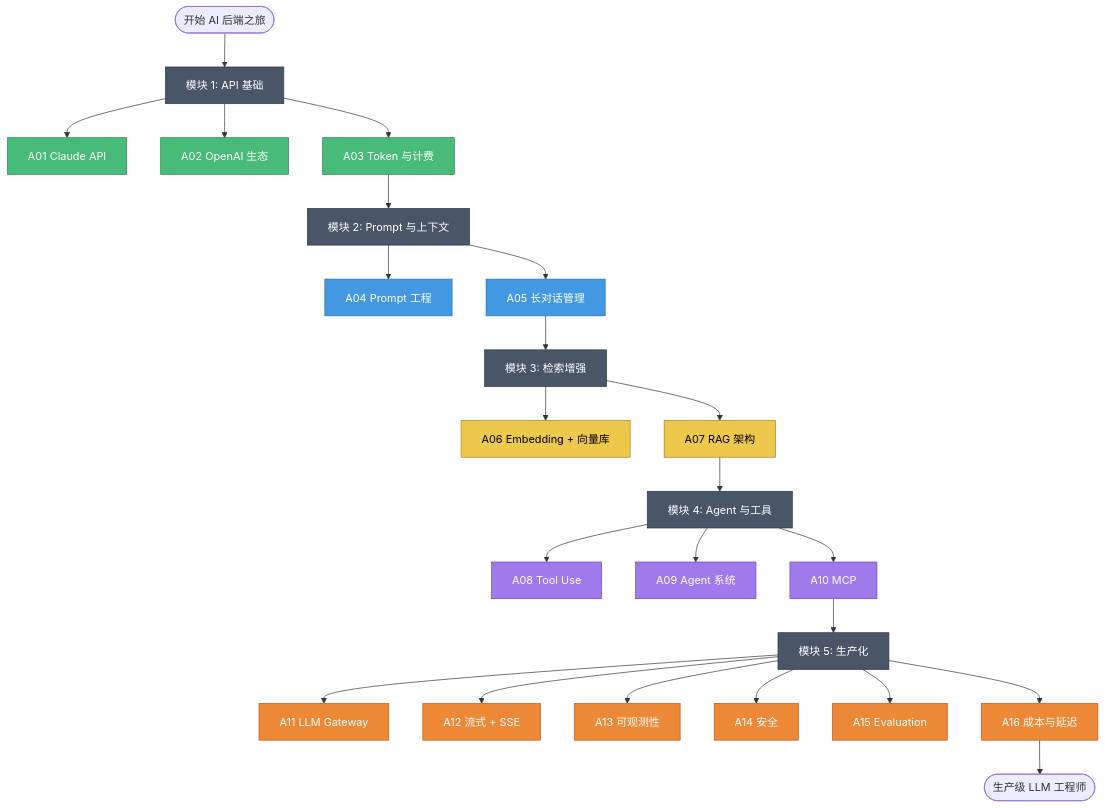
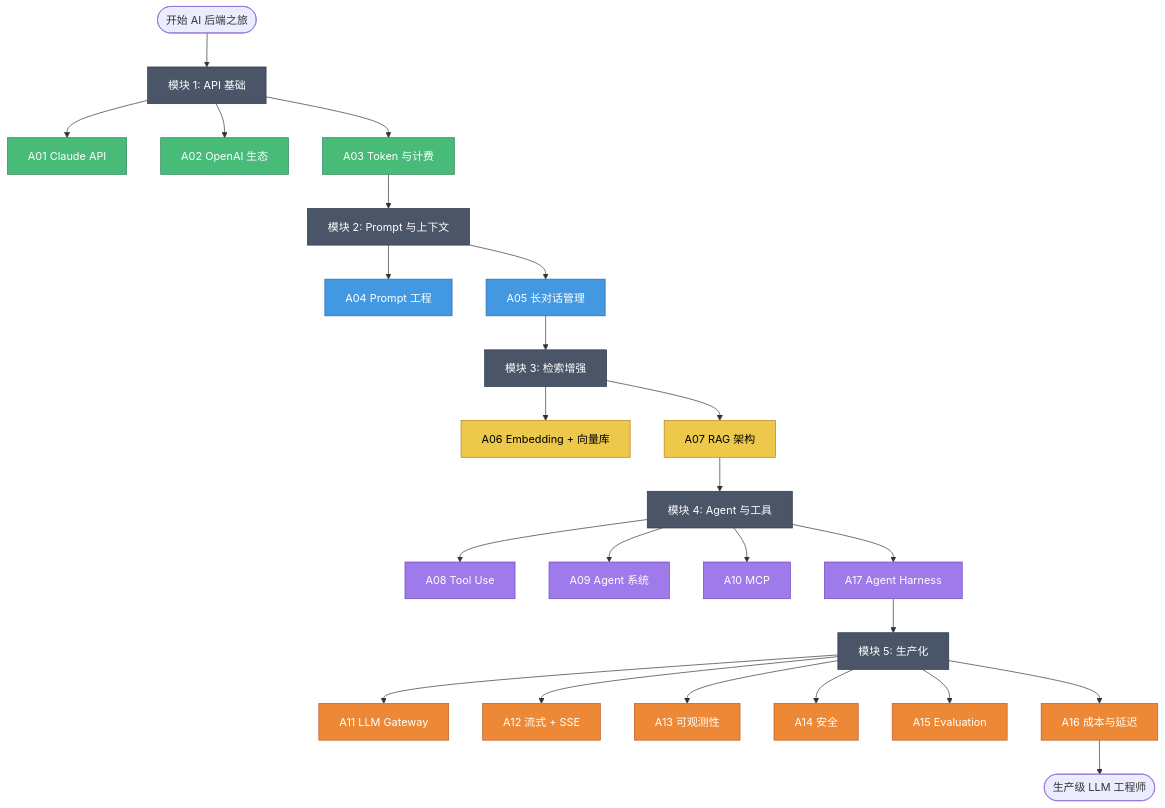
The first of 17 diagrams in ai-backend/ROADMAP.md (Kirby980/backend-handbook), drawn with Mermaid before and after one commit. The commit also changed other lines of this file and 16 other files, not shown here.

````diff
--- a/ai-backend/ROADMAP.md
+++ b/ai-backend/ROADMAP.md
@@ -11,45 +11,46 @@
 ```mermaid
 graph TD
     Start([开始 AI 后端之旅]) --> M1[模块 1: API 基础]
 
     M1 --> A01[A01 Claude API]
     M1 --> A02[A02 OpenAI 生态]
     M1 --> A03[A03 Token 与计费]
 
     A03 --> M2[模块 2: Prompt 与上下文]
     M2 --> A04[A04 Prompt 工程]
     M2 --> A05[A05 长对话管理]
 
     A05 --> M3[模块 3: 检索增强]
     M3 --> A06[A06 Embedding + 向量库]
     M3 --> A07[A07 RAG 架构]
 
     A07 --> M4[模块 4: Agent 与工具]
     M4 --> A08[A08 Tool Use]
     M4 --> A09[A09 Agent 系统]
     M4 --> A10[A10 MCP]
+    M4 --> A17[A17 Agent Harness]
 
-    A10 --> M5[模块 5: 生产化]
+    A17 --> M5[模块 5: 生产化]
     M5 --> A11[A11 LLM Gateway]
     M5 --> A12[A12 流式 + SSE]
     M5 --> A13[A13 可观测性]
     M5 --> A14[A14 安全]
     M5 --> A15[A15 Evaluation]
     M5 --> A16[A16 成本与延迟]
 
     A16 --> End([生产级 LLM 工程师])
 
     classDef module fill:#4a5568,stroke:#2d3748,color:#fff
     classDef api fill:#48bb78,stroke:#2f855a,color:#fff
     classDef prompt fill:#4299e1,stroke:#2b6cb0,color:#fff
     classDef rag fill:#ecc94b,stroke:#b7791f,color:#000
     classDef agent fill:#9f7aea,stroke:#6b46c1,color:#fff
     classDef prod fill:#ed8936,stroke:#c05621,color:#fff
 
     class M1,M2,M3,M4,M5 module
     class A01,A02,A03 api
     class A04,A05 prompt
     class A06,A07 rag
-    class A08,A09,A10 agent
+    class A08,A09,A10,A17 agent
     class A11,A12,A13,A14,A15,A16 prod
 ```
````
